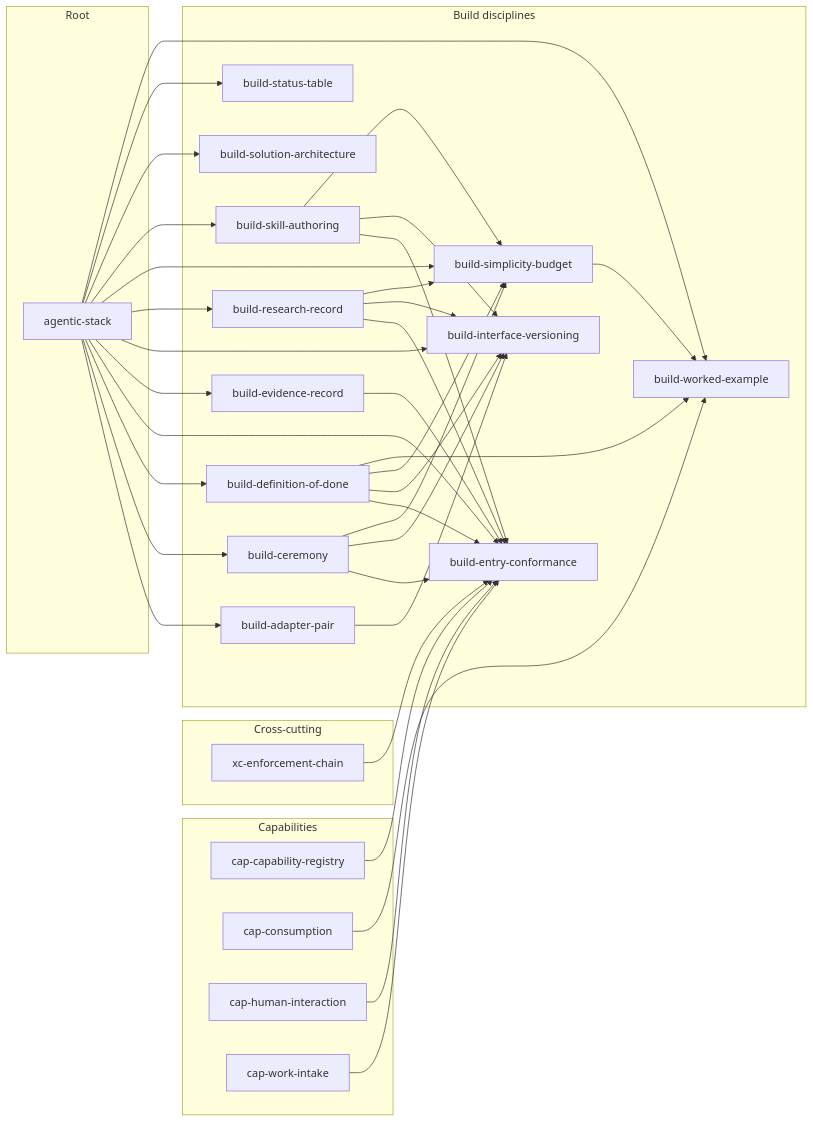
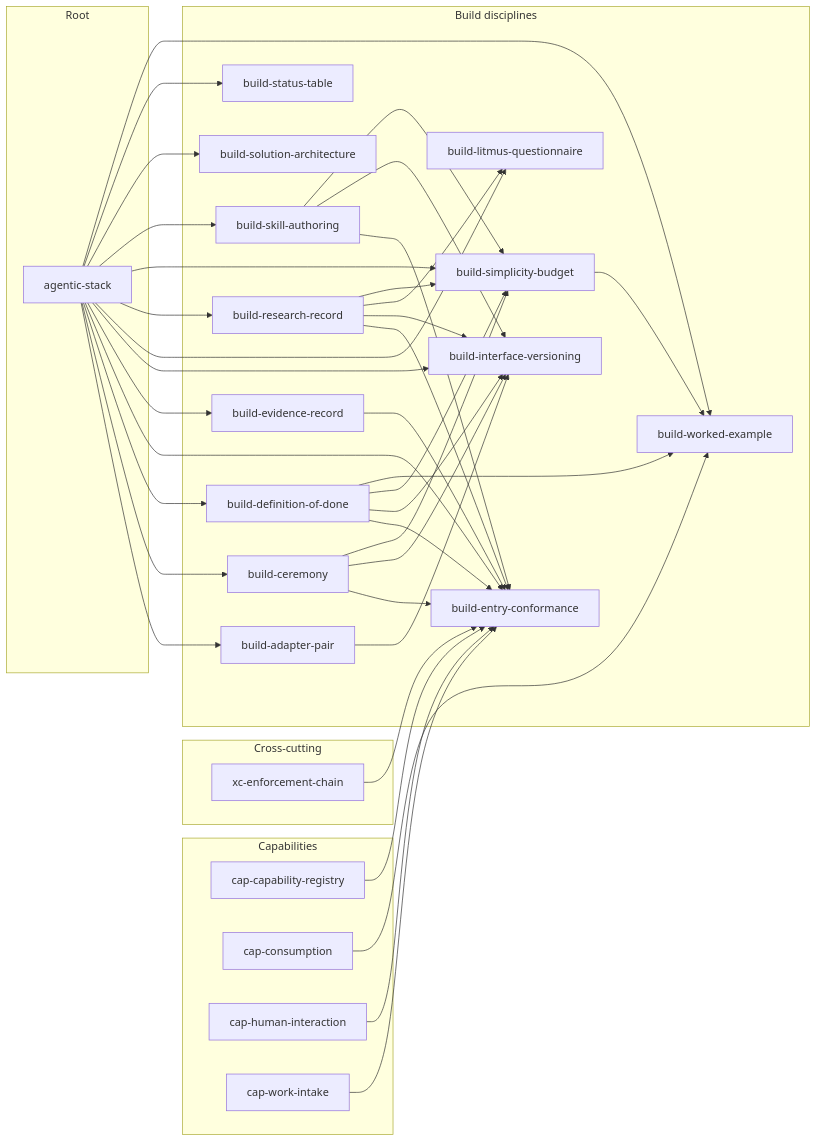
One commit to Dadlorian/AGENT changed the sixth of 10 diagrams in docs/skill-graph.md. Above: the diagram before and after it, drawn with Mermaid. The commit also changed other lines of this file and 7 other files, not shown here.

First line of the commit message:
66-litmus-skill: build-litmus-questionnaire authored as data; 103 skills at zero warnings

````diff
--- a/docs/skill-graph.md
+++ b/docs/skill-graph.md
@@ -330,62 +330,65 @@
 ```mermaid
 graph LR
     subgraph root_["Root"]
         agentic-stack
     end
     subgraph cap_["Capabilities"]
         cap-capability-registry
         cap-consumption
         cap-human-interaction
         cap-work-intake
     end
     subgraph xc_["Cross-cutting"]
         xc-enforcement-chain
     end
     subgraph build_["Build disciplines"]
         build-adapter-pair
         build-ceremony
         build-definition-of-done
         build-entry-conformance
         build-evidence-record
         build-interface-versioning
+        build-litmus-questionnaire
         build-research-record
         build-simplicity-budget
         build-skill-authoring
         build-solution-architecture
         build-status-table
         build-worked-example
     end
     agentic-stack --> build-adapter-pair
     agentic-stack --> build-ceremony
     agentic-stack --> build-definition-of-done
     agentic-stack --> build-entry-conformance
     agentic-stack --> build-evidence-record
     agentic-stack --> build-interface-versioning
+    agentic-stack --> build-litmus-questionnaire
     agentic-stack --> build-research-record
     agentic-stack --> build-simplicity-budget
     agentic-stack --> build-skill-authoring
     agentic-stack --> build-solution-architecture
     agentic-stack --> build-status-table
     agentic-stack --> build-worked-example
     build-adapter-pair --> build-interface-versioning
     build-ceremony --> build-entry-conformance
     build-ceremony --> build-interface-versioning
     build-ceremony --> build-simplicity-budget
     build-definition-of-done --> build-entry-conformance
     build-definition-of-done --> build-interface-versioning
     build-definition-of-done --> build-simplicity-budget
     build-definition-of-done --> build-worked-example
     build-evidence-record --> build-entry-conformance
     build-research-record --> build-entry-conformance
     build-research-record --> build-interface-versioning
+    build-research-record --> build-litmus-questionnaire
     build-research-record --> build-simplicity-budget
     build-simplicity-budget --> build-worked-example
     build-skill-authoring --> build-entry-conformance
     build-skill-authoring --> build-interface-versioning
     build-skill-authoring --> build-simplicity-budget
     cap-capability-registry --> build-entry-conformance
     cap-consumption --> build-worked-example
     cap-human-interaction --> build-entry-conformance
     cap-work-intake --> build-entry-conformance
     xc-enforcement-chain --> build-entry-conformance
 ```
````
